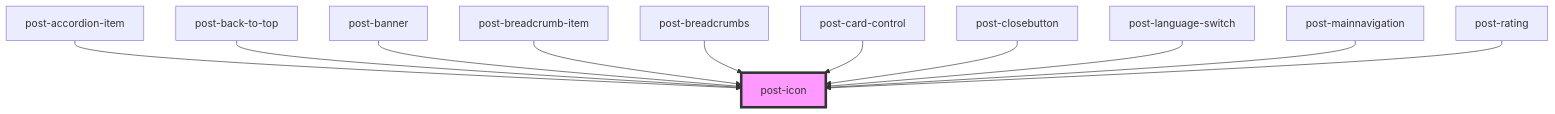
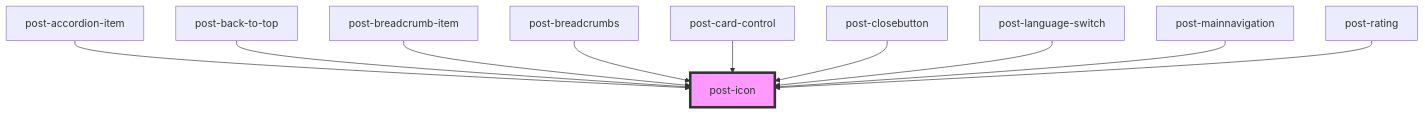
One commit to swisspost/design-system changed the diagram in packages/components/src/components/post-icon/readme.md. Above: the diagram before and after it, drawn with Mermaid. The commit also changed other lines of this file and 14 other files, not shown here.

````diff
--- a/packages/components/src/components/post-icon/readme.md
+++ b/packages/components/src/components/post-icon/readme.md
@@ -37,14 +36,13 @@
 ```mermaid
 graph TD;
   post-accordion-item --> post-icon
   post-back-to-top --> post-icon
-  post-banner --> post-icon
   post-breadcrumb-item --> post-icon
   post-breadcrumbs --> post-icon
   post-card-control --> post-icon
   post-closebutton --> post-icon
   post-language-switch --> post-icon
   post-mainnavigation --> post-icon
   post-rating --> post-icon
   style post-icon fill:#f9f,stroke:#333,stroke-width:4px
 ```
````
